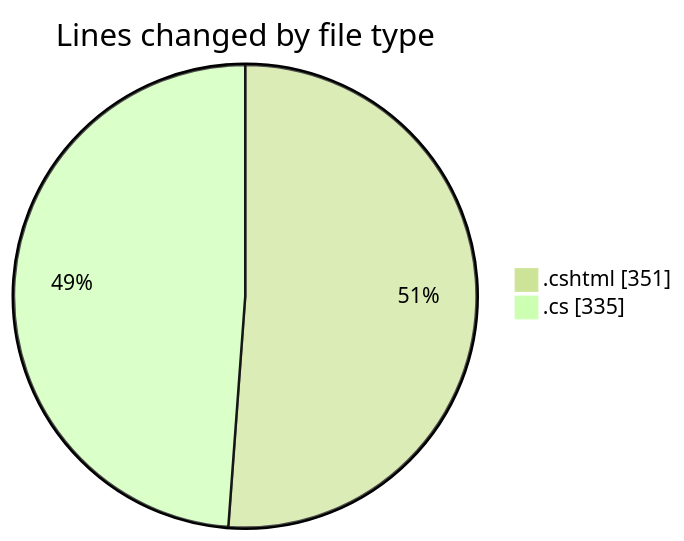
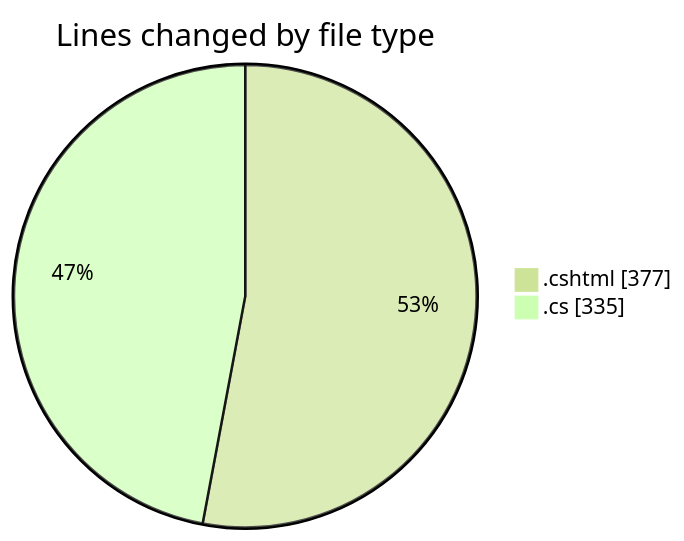
One commit to lephambinh05/code-tracking changed the first of 2 diagrams in 2025-07-17/nhahang/README.md. Above: the diagram before and after it, drawn with Mermaid (forest theme). The commit also changed other lines of this file and 1 other file, not shown here.

````diff
--- a/2025-07-17/nhahang/README.md
+++ b/2025-07-17/nhahang/README.md
@@ -31,6 +32,6 @@
 ```mermaid
 pie showData
 title Lines changed by file type
-".cshtml" : 351
+".cshtml" : 377
 ".cs" : 335
 ```
````
